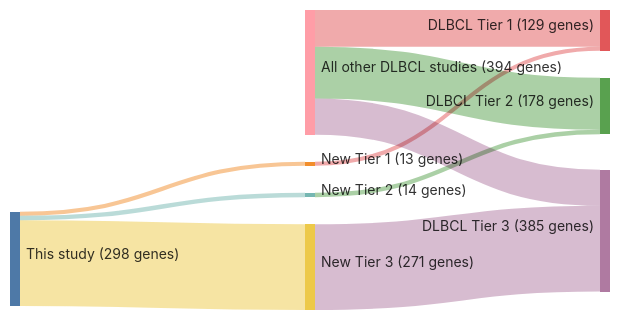
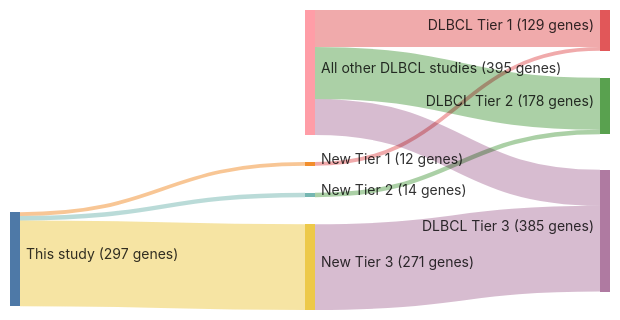
One commit to morinlab/lymphopedia changed the diagram in papers/zhangGeneticHeterogeneityDiffuse2013.md. Above: the diagram before and after it, drawn with Mermaid. The commit also changed other lines of this file and 4 other files, not shown here.

````diff
--- a/papers/zhangGeneticHeterogeneityDiffuse2013.md
+++ b/papers/zhangGeneticHeterogeneityDiffuse2013.md
@@ -12,23 +12,23 @@
 ```mermaid
 ---
 config:
     sankey:
         showValues: true
         linkColor: target
         width: 600
         height: 300
         nodeAlignment: right
         prefix: '('
         suffix: ' genes)'
 ---
 sankey-beta
-This study, New Tier 1, 13
-New Tier 1, DLBCL Tier 1, 13
+This study, New Tier 1, 12
+New Tier 1, DLBCL Tier 1, 12
 This study, New Tier 2, 14
 New Tier 2, DLBCL Tier 2, 14
 This study, New Tier 3, 271
 New Tier 3, DLBCL Tier 3, 271
-All other DLBCL studies, DLBCL Tier 1, 116
+All other DLBCL studies, DLBCL Tier 1, 117
 All other DLBCL studies, DLBCL Tier 2, 164
 All other DLBCL studies, DLBCL Tier 3, 114
 ```
````
